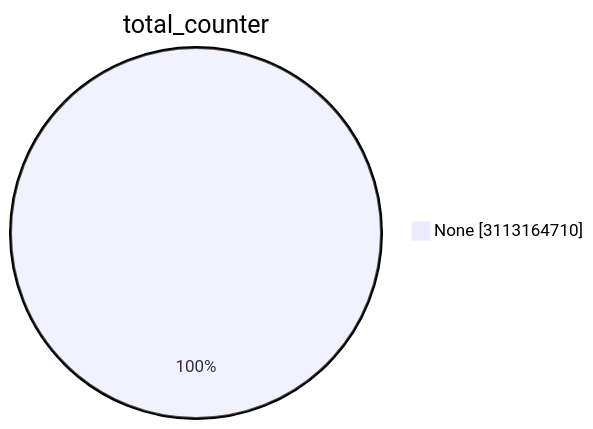
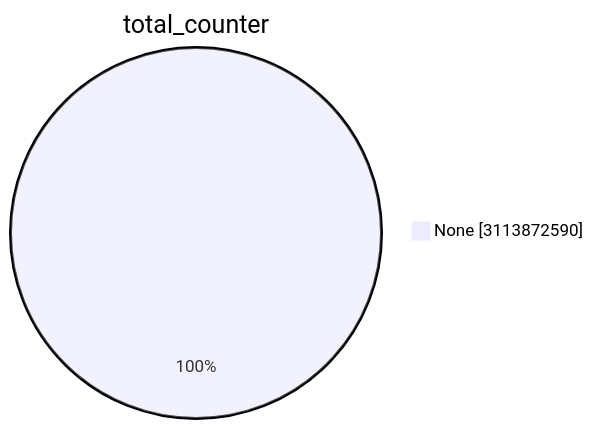
The first of 15 diagrams in TOTAL/README.md (christiankrug/ctmonitor_visualization), drawn with Mermaid before and after one commit. The commit also changed other lines of this file, not shown here.

````diff
--- a/TOTAL/README.md
+++ b/TOTAL/README.md
@@ -1,5 +1,5 @@
 ```mermaid
 pie showData
 title total_counter
-"None" :3113164710
+"None" :3113872590
 ```
````
